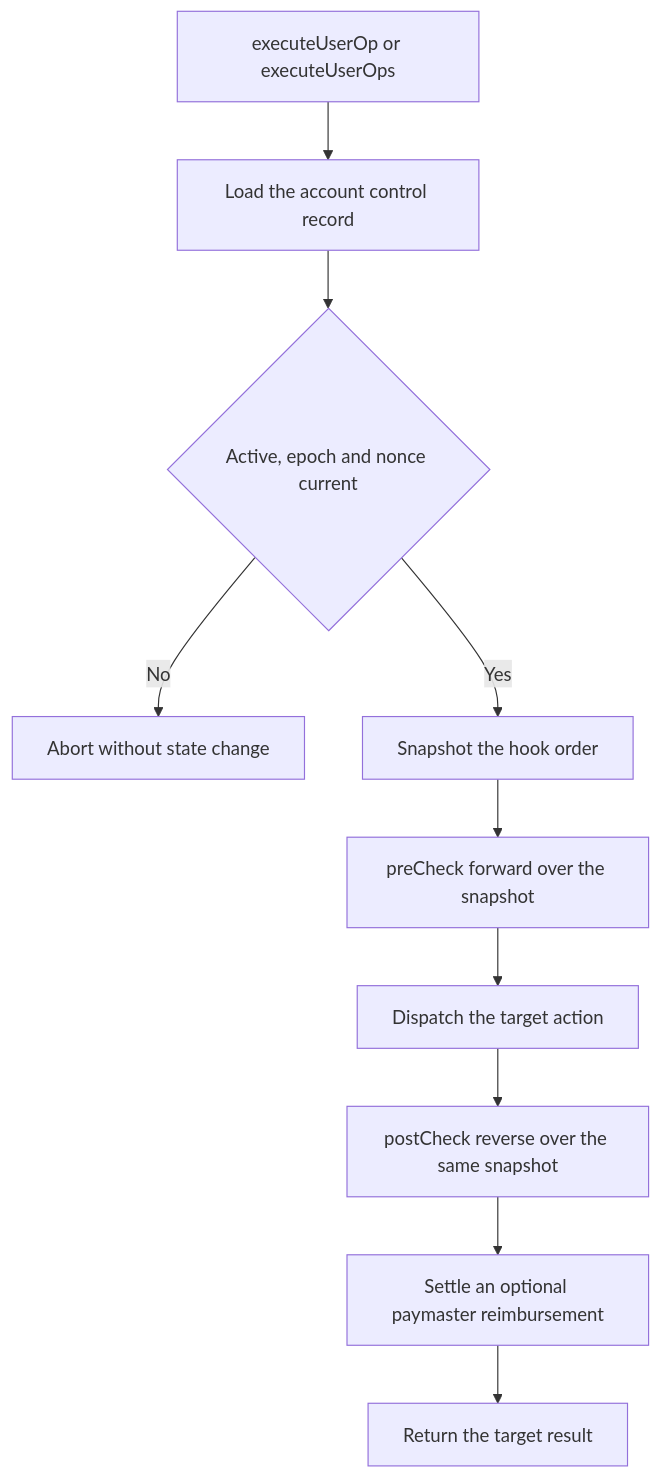
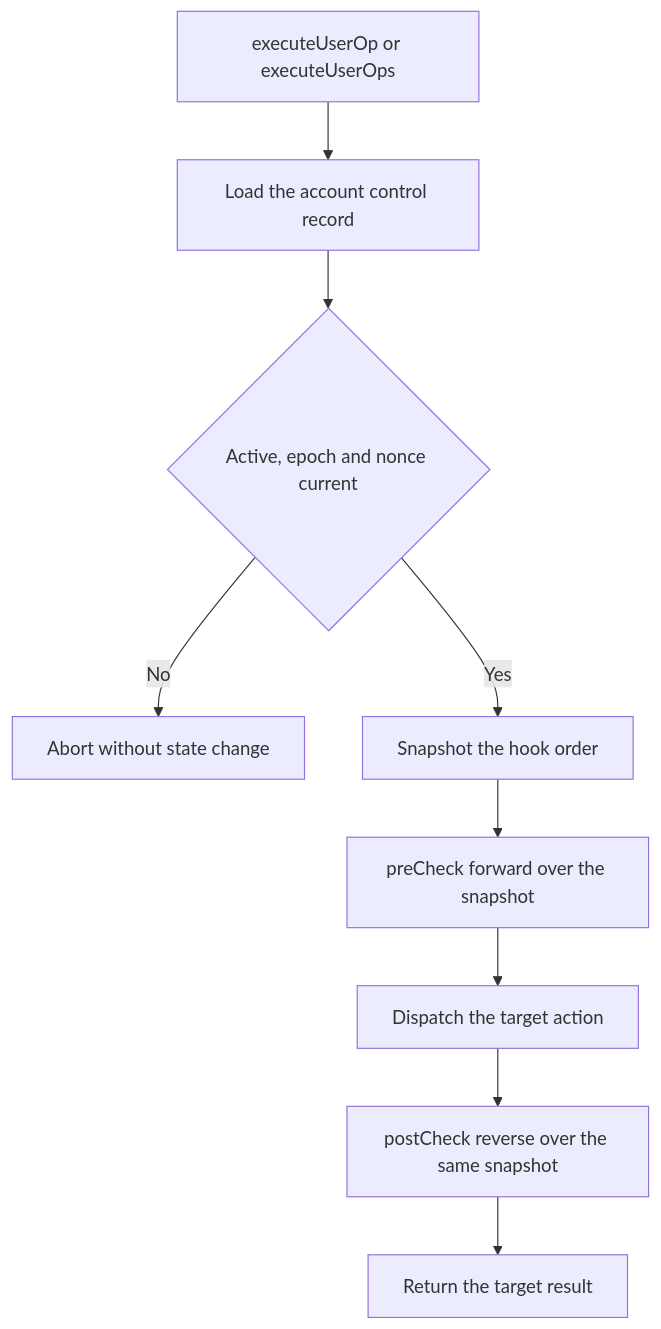
One commit to r3e-network/neo-os-aa changed the third of 3 diagrams in frontend/src/assets/docs/architecture.md. Above: the diagram before and after it, drawn with Mermaid. The commit also changed other lines of this file and 424 other files, not shown here.

````diff
--- a/frontend/src/assets/docs/architecture.md
+++ b/frontend/src/assets/docs/architecture.md
@@ -103,12 +100,11 @@
 ```mermaid
 flowchart TD
   Entry[executeUserOp or executeUserOps] --> Load[Load the account control record]
   Load --> Sane{Active, epoch and nonce current}
   Sane -- No --> Reject[Abort without state change]
   Sane -- Yes --> Hooks[Snapshot the hook order]
   Hooks --> Pre[preCheck forward over the snapshot]
   Pre --> Dispatch[Dispatch the target action]
   Dispatch --> Post[postCheck reverse over the same snapshot]
-  Post --> Reimburse[Settle an optional paymaster reimbursement]
-  Reimburse --> Return[Return the target result]
+  Post --> Return[Return the target result]
 ```
````
